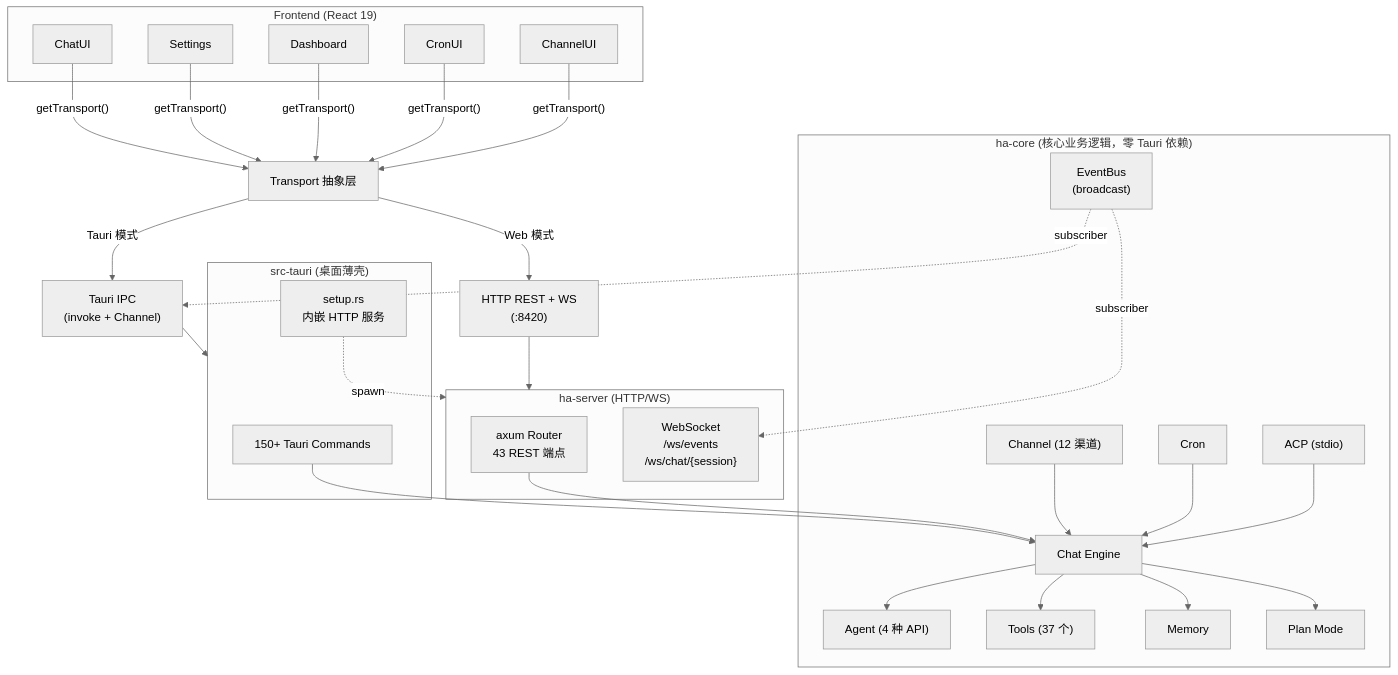
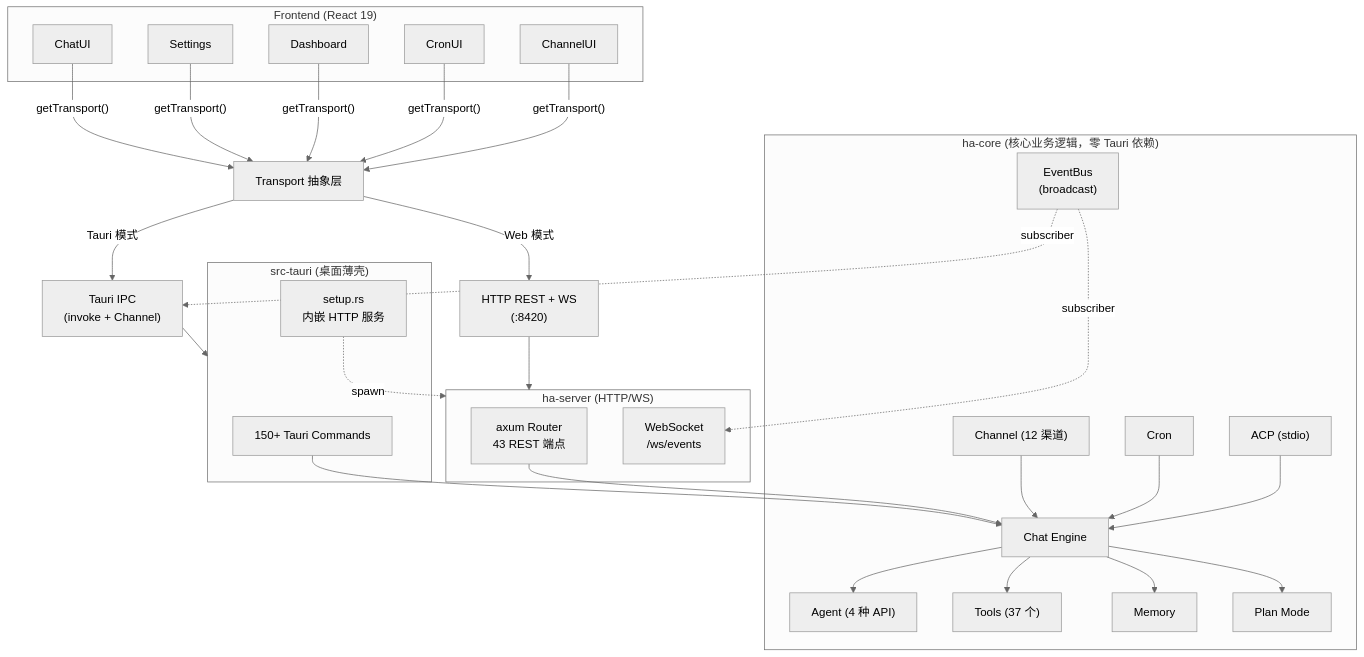
The first of 4 diagrams in docs/architecture/overview.md (shiwenwen/hope-agent), drawn with Mermaid (neutral theme) before and after one commit. The commit also changed 12 other files, not shown here.

Commit message:
Remove legacy per-session chat websocket

````diff
--- a/docs/architecture/overview.md
+++ b/docs/architecture/overview.md
@@ -26,49 +26,49 @@
 ```mermaid
 graph TD
     subgraph Frontend["Frontend (React 19)"]
         ChatUI["ChatUI"]
         Settings["Settings"]
         Dashboard_UI["Dashboard"]
         CronUI["CronUI"]
         ChannelUI["ChannelUI"]
     end
 
     ChatUI & Settings & Dashboard_UI & CronUI & ChannelUI -->|"getTransport()"| Transport["Transport 抽象层"]
 
     Transport -->|"Tauri 模式"| IPC["Tauri IPC<br/>(invoke + Channel)"]
     Transport -->|"Web 模式"| HTTP["HTTP REST + WS<br/>(:8420)"]
 
     IPC --> TauriShell
     HTTP --> OcServer
 
     subgraph TauriShell["src-tauri (桌面薄壳)"]
         Commands["150+ Tauri Commands"]
         TauriSetup["setup.rs<br/>内嵌 HTTP 服务"]
     end
 
     subgraph OcServer["ha-server (HTTP/WS)"]
         Router["axum Router<br/>43 REST 端点"]
-        WSHandler["WebSocket<br/>/ws/events<br/>/ws/chat/{session}"]
+        WSHandler["WebSocket<br/>/ws/events"]
     end
 
     Commands --> ChatEngine
     Router --> ChatEngine
     TauriSetup -.->|"spawn"| OcServer
 
     subgraph OcCore["ha-core (核心业务逻辑，零 Tauri 依赖)"]
         ChatEngine["Chat Engine"]
         ChatEngine --> Agent["Agent (4 种 API)"]
         ChatEngine --> Tools["Tools (37 个)"]
         ChatEngine --> Memory["Memory"]
         ChatEngine --> PlanMode["Plan Mode"]
         EventBus["EventBus<br/>(broadcast)"]
         Channel["Channel (12 渠道)"]
         Cron["Cron"]
         ACP["ACP (stdio)"]
         Channel & Cron & ACP --> ChatEngine
     end
 
     EventBus -.->|"subscriber"| IPC
     EventBus -.->|"subscriber"| WSHandler
 
 ```
````
